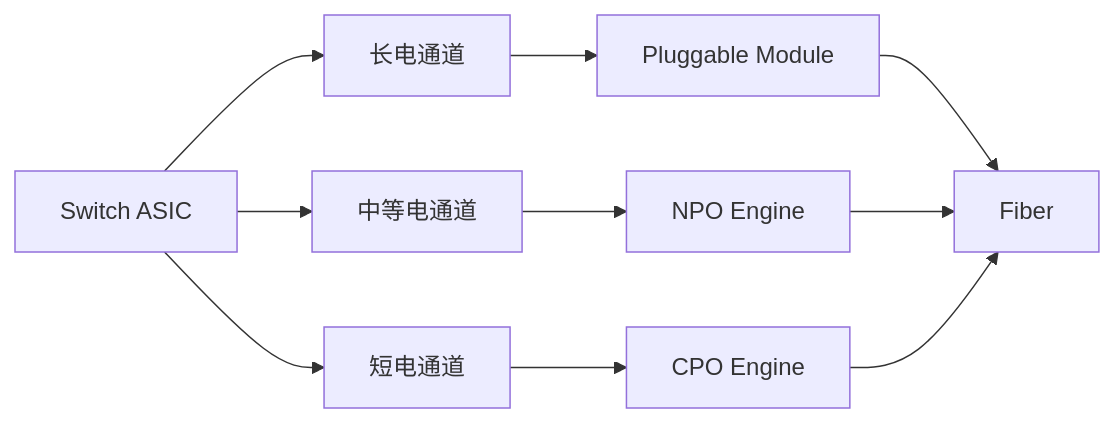
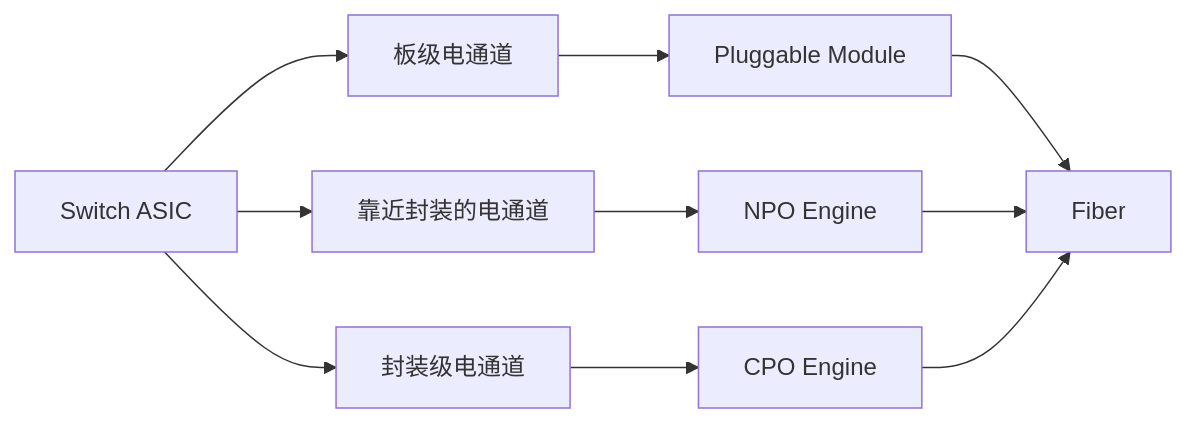
Before and after one commit to microarch-flow/wiki: the diagram in series/interconnect/CPO/01-overview/taxonomy.md, drawn with Mermaid. The commit also changed other lines of this file and 73 other files, not shown here.

````diff
--- a/series/interconnect/CPO/01-overview/taxonomy.md
+++ b/series/interconnect/CPO/01-overview/taxonomy.md
@@ -74,12 +76,12 @@
 ```mermaid
 graph LR
-    A[Switch ASIC] --> B[长电通道]
+    A[Switch ASIC] --> B[板级电通道]
     B --> C[Pluggable Module]
-    A --> D[中等电通道]
+    A --> D[靠近封装的电通道]
     D --> E[NPO Engine]
-    A --> F[短电通道]
+    A --> F[封装级电通道]
     F --> G[CPO Engine]
     C --> H[Fiber]
     E --> H
     G --> H
 ```
````
